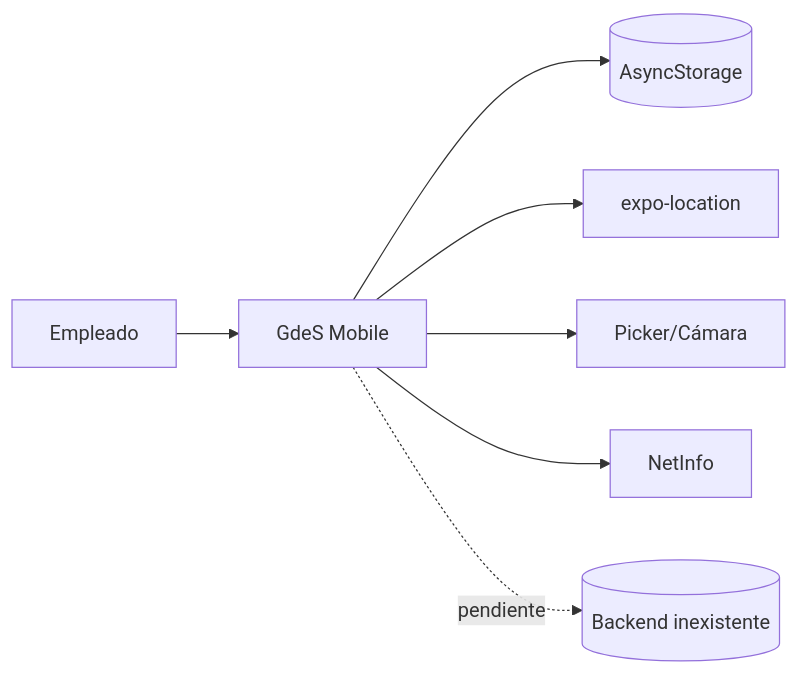
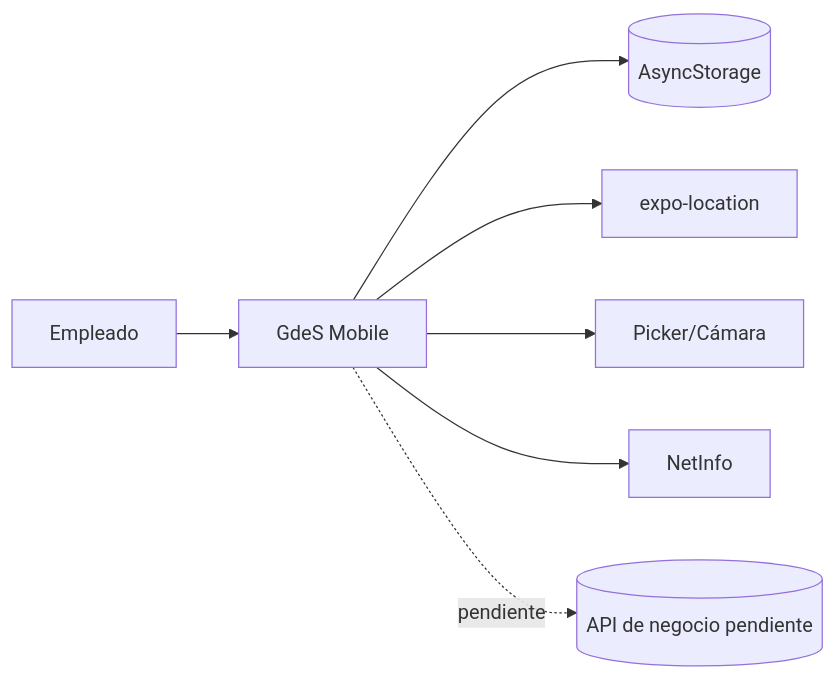
One commit to IvanContrerasDev/mobile_app_gdes changed the second of 2 diagrams in docs/03-arquitectura-tecnica.md. Above: the diagram before and after it, drawn with Mermaid. The commit also changed other lines of this file and 31 other files, not shown here.

````diff
--- a/docs/03-arquitectura-tecnica.md
+++ b/docs/03-arquitectura-tecnica.md
@@ -86,9 +86,9 @@
 ```mermaid
 flowchart LR
  U[Empleado] --> APP[GdeS Mobile]
  APP --> AsyncStorage[(AsyncStorage)]
  APP --> GPS[expo-location]
  APP --> FS[Picker/Cámara]
  APP --> NET[NetInfo]
- APP -. pendiente .-> API[(Backend inexistente)]
+ APP -. pendiente .-> API[(API de negocio pendiente)]
 ```
````
